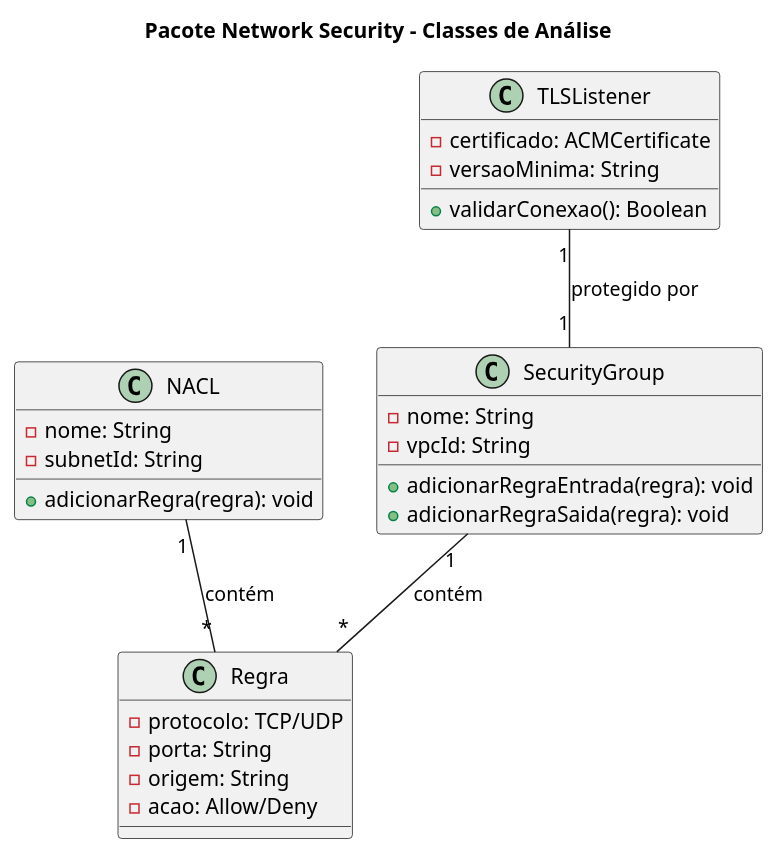
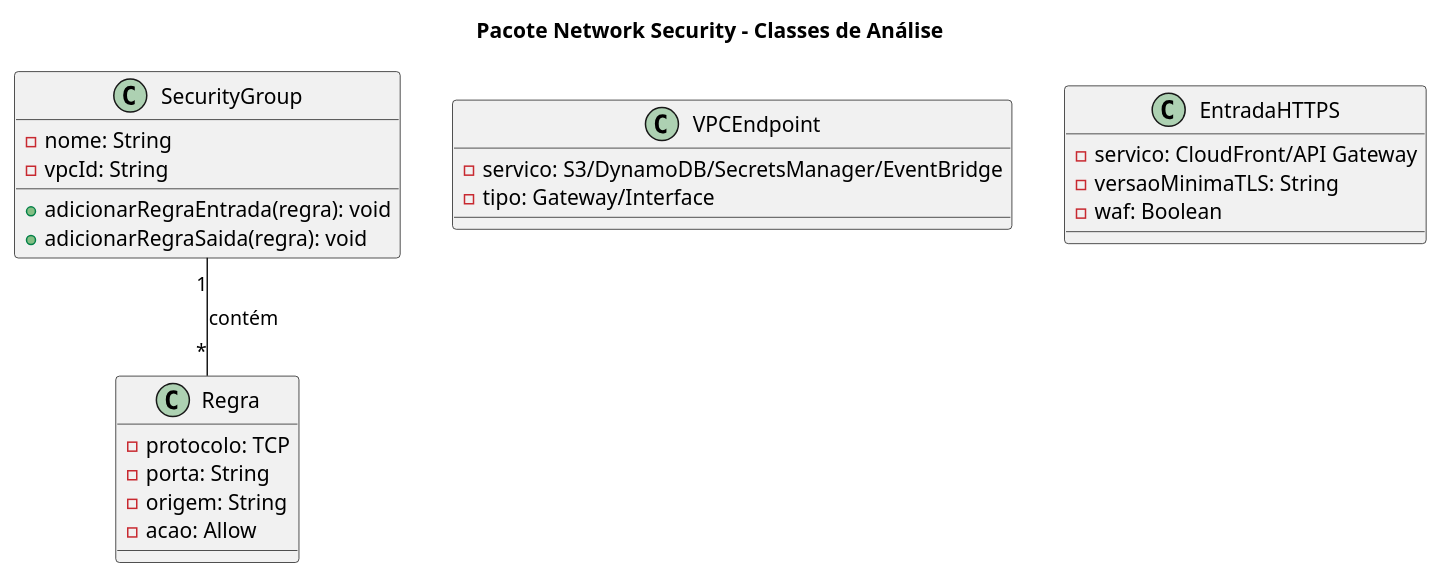
The third of 6 diagrams in docs/Elaboracao/modelo_analise_seguranca.md (Projetos-de-Extensao/PC_ADS_26.2_8001_II), drawn with PlantUML before and after one commit. The commit also changed other lines of this file and 8 other files, not shown here.

````diff
--- a/docs/Elaboracao/modelo_analise_seguranca.md
+++ b/docs/Elaboracao/modelo_analise_seguranca.md
@@ -273,35 +281,32 @@
 ```plantuml
 @startuml NetworkSecurity_Classes
 title Pacote Network Security - Classes de Análise
 
 class SecurityGroup {
   -nome: String
   -vpcId: String
   +adicionarRegraEntrada(regra): void
   +adicionarRegraSaida(regra): void
 }
 
-class NACL {
-  -nome: String
-  -subnetId: String
-  +adicionarRegra(regra): void
+class Regra {
+  -protocolo: TCP
+  -porta: String
+  -origem: String
+  -acao: Allow
 }
 
-class Regra {
-  -protocolo: TCP/UDP
-  -porta: String
-  -origem: String
-  -acao: Allow/Deny
+class VPCEndpoint {
+  -servico: S3/DynamoDB/SecretsManager/EventBridge
+  -tipo: Gateway/Interface
 }
 
-class TLSListener {
-  -certificado: ACMCertificate
-  -versaoMinima: String
-  +validarConexao(): Boolean
+class EntradaHTTPS {
+  -servico: CloudFront/API Gateway
+  -versaoMinimaTLS: String
+  -waf: Boolean
 }
 
 SecurityGroup "1" -- "*" Regra : contém
-NACL "1" -- "*" Regra : contém
-TLSListener "1" -- "1" SecurityGroup : protegido por
 @enduml
 ```
````
